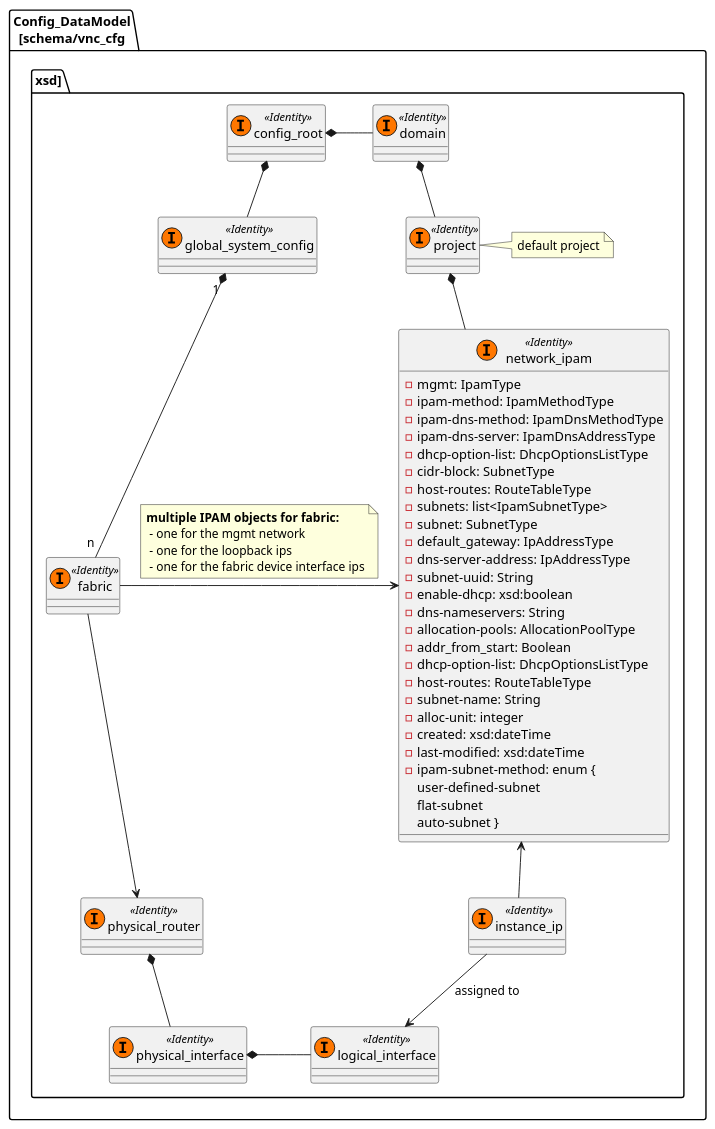
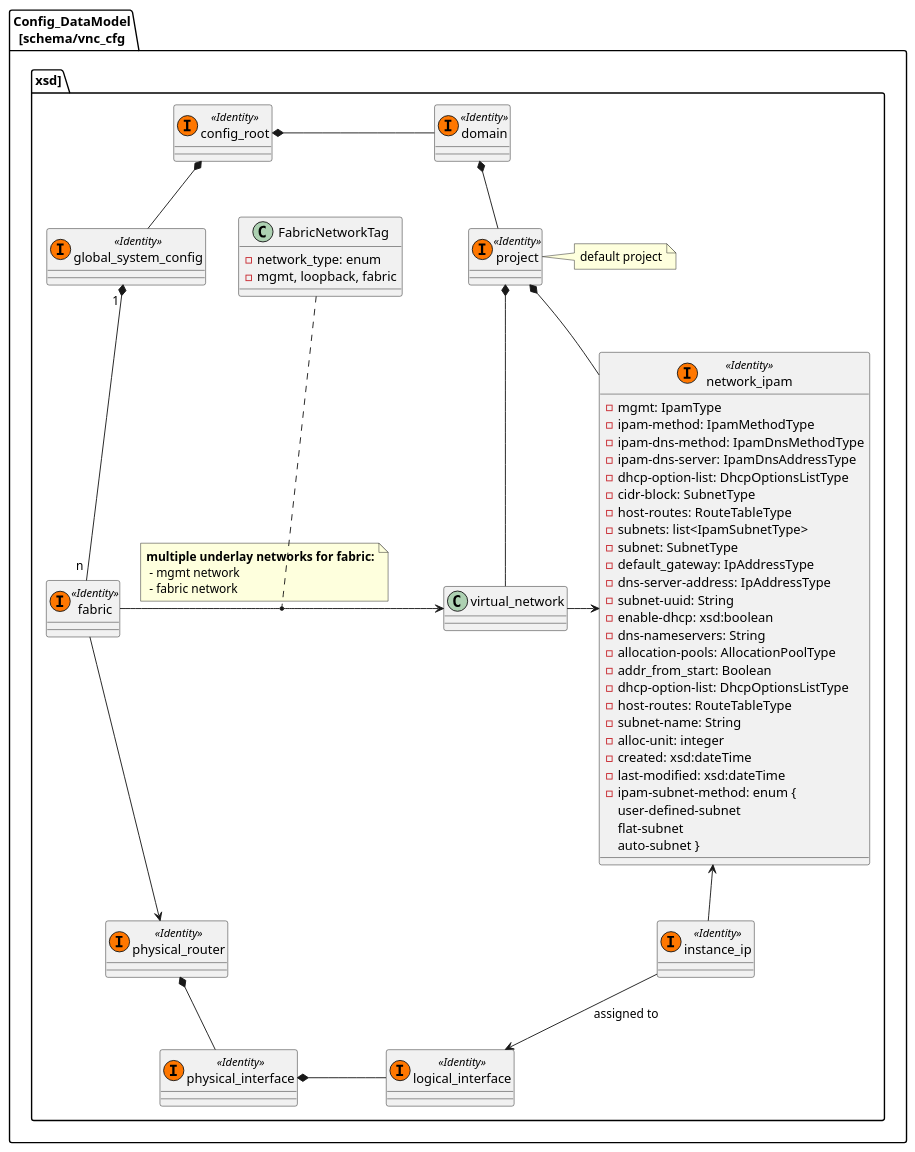
One commit to jnpr-tjiang/cfm-data-model changed the diagram in 5.0.1-data-model/ipam.puml. Above: the diagram before and after it, drawn with PlantUML. The commit also changed 9 other files, not shown here.

```diff
--- a/5.0.1-data-model/ipam.puml
+++ b/5.0.1-data-model/ipam.puml
@@ -1,91 +1,96 @@
 @startuml
 package Config_DataModel\n[schema/vnc_cfg.xsd] {
 
     class config_root << (I, #FF7700) Identity>> {
     }
 
     class domain << (I, #FF7700) Identity>> {
     }
 
     class project << (I, #FF7700) Identity>> {
     }
     note right
     default project
     end note
 
     class global_system_config << (I, #FF7700) Identity>> {
     }
 
     class fabric << (I, #FF7700) Identity>> {
     }
 
     class instance_ip << (I, #FF7700) Identity>> {
     }
 
     class network_ipam << (I, #FF7700) Identity>> {
         - mgmt: IpamType
           - ipam-method: IpamMethodType
           - ipam-dns-method: IpamDnsMethodType
           - ipam-dns-server: IpamDnsAddressType
           - dhcp-option-list: DhcpOptionsListType
           - cidr-block: SubnetType
           - host-routes: RouteTableType
         - subnets: list<IpamSubnetType>
           - subnet: SubnetType
           - default_gateway: IpAddressType
           - dns-server-address: IpAddressType
           - subnet-uuid: String
           - enable-dhcp: xsd:boolean
           - dns-nameservers: String
           - allocation-pools: AllocationPoolType
           - addr_from_start: Boolean
           - dhcp-option-list: DhcpOptionsListType
           - host-routes: RouteTableType
           - subnet-name: String
           - alloc-unit: integer
           - created: xsd:dateTime
           - last-modified: xsd:dateTime
         - ipam-subnet-method: enum {
             user-defined-subnet
             flat-subnet
             auto-subnet }
     }
 
     class physical_router << (I, #FF7700) Identity>> {
     }
 
     class physical_interface << (I, #FF7700) Identity>> {
     }
 
     class logical_interface << (I, #FF7700) Identity>> {
     }
 
+    class FabricNetworkTag {
+       - network_type: enum
+           - mgmt, loopback, fabric
+    }
 
 config_root *-- global_system_config
 config_root *- domain
 domain *-- project
 project *-- network_ipam
+project *-- virtual_network
 global_system_config "1 " *-- "n " fabric
 
 network_ipam <-- instance_ip
-fabric -> network_ipam
+virtual_network -> network_ipam
+fabric -> virtual_network
 note on link
-<b>multiple IPAM objects for fabric:
- - one for the mgmt network
- - one for the loopback ips
- - one for the fabric device interface ips
+<b>multiple underlay networks for fabric:
+ - mgmt network
+ - fabric network
 end note
 
 fabric --> physical_router
 physical_router *-- physical_interface
 physical_interface *- logical_interface
 
 instance_ip --> logical_interface: assigned to
 
 
 'global_system_config *--- virtual_router
 'virtual_router --> network_ipam
-
+FabricNetworkTag..(fabric, virtual_network)
 }
 
 @enduml
```
